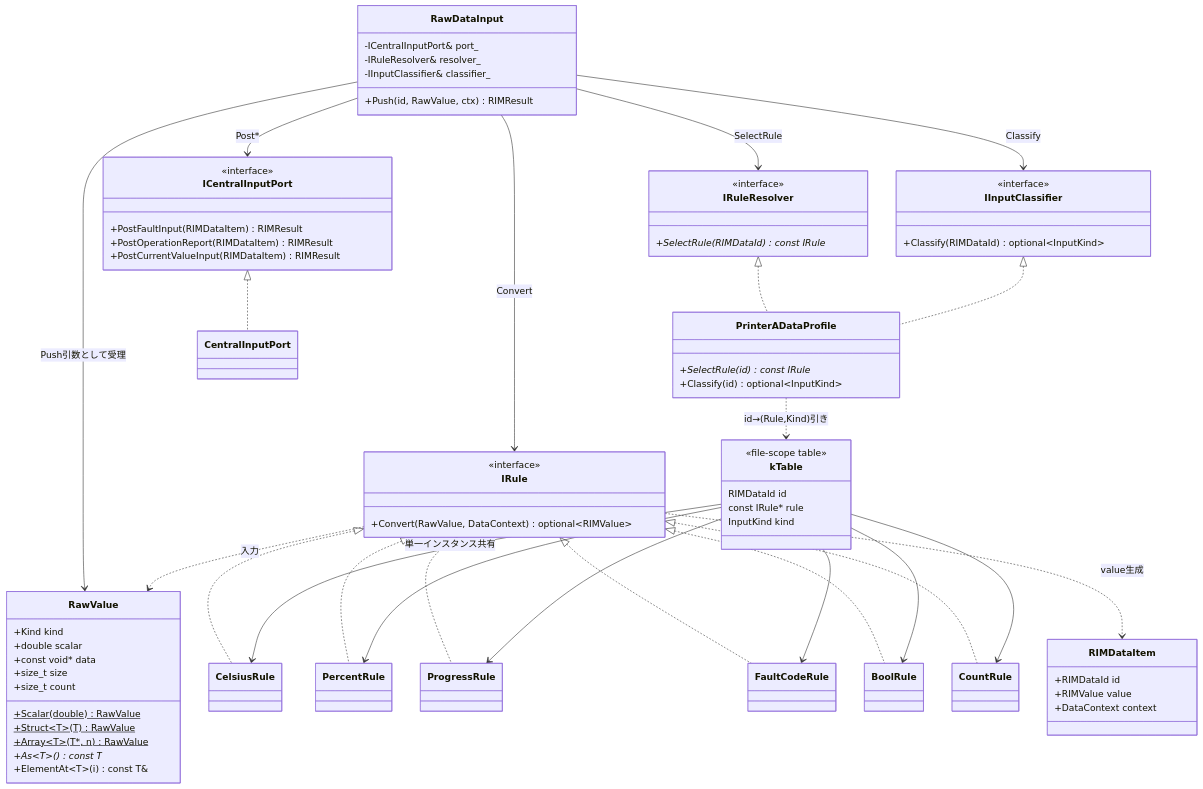
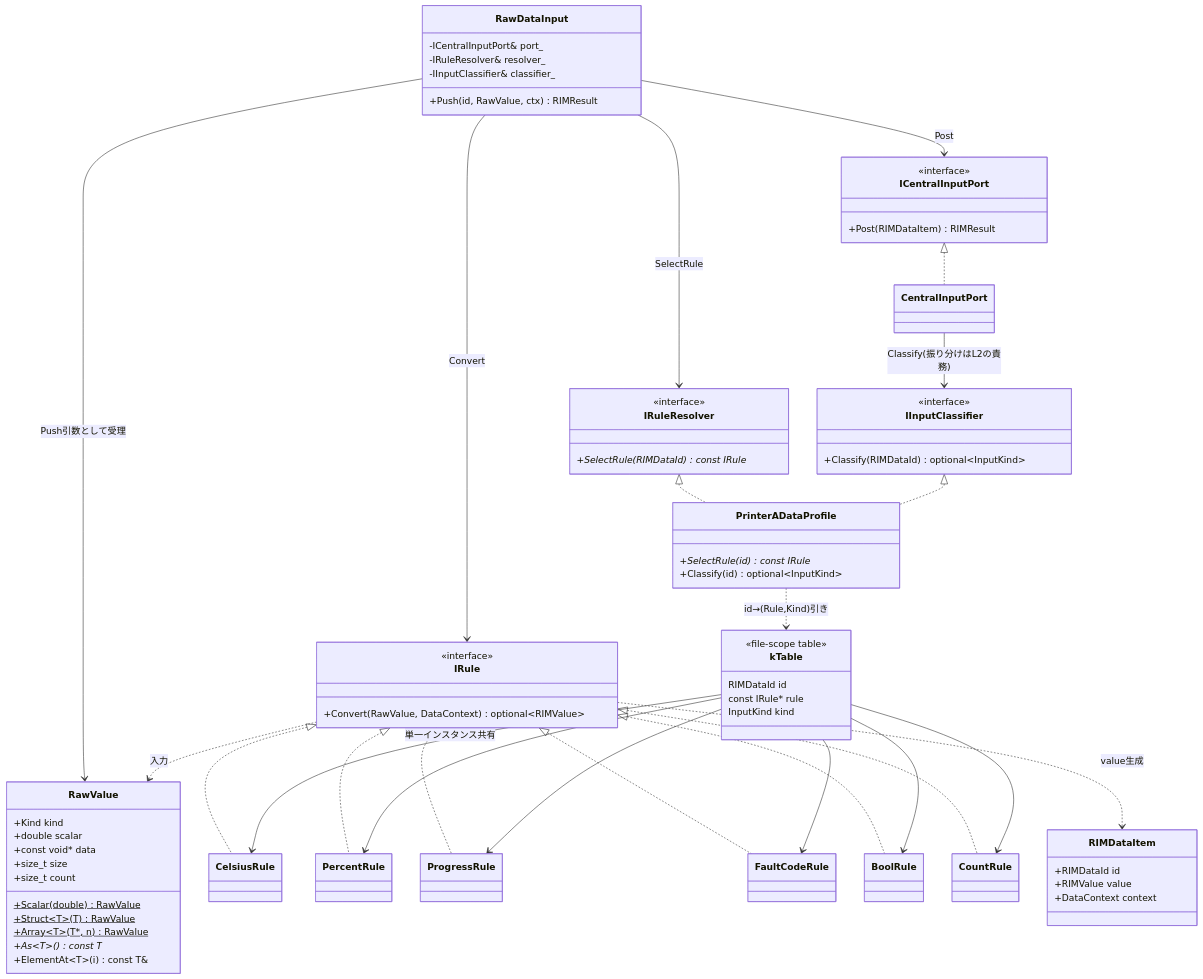
The diagram in docs/adapter/03_クラス図.md (ceedling-vxworks-test-generator/printer-fw), drawn with Mermaid before and after one commit. The commit also changed other lines of this file and 11 other files, not shown here.

First line of the commit message:
Collapse ICentralInputPort's three posts into one; move classification to L2

```diff
--- a/docs/adapter/03_クラス図.md
+++ b/docs/adapter/03_クラス図.md
@@ -38,9 +38,7 @@
     }
     class ICentralInputPort {
         <<interface>>
-        +PostFaultInput(RIMDataItem) RIMResult
-        +PostOperationReport(RIMDataItem) RIMResult
-        +PostCurrentValueInput(RIMDataItem) RIMResult
+        +Post(RIMDataItem) RIMResult
     }
 
     class RIMDataItem {
@@ -73,8 +71,8 @@
     RawDataInput --> RawValue : Push引数として受理
     RawDataInput --> IRuleResolver : SelectRule
     RawDataInput --> IRule : Convert
-    RawDataInput --> IInputClassifier : Classify
-    RawDataInput --> ICentralInputPort : Post*
+    RawDataInput --> ICentralInputPort : Post
+    CentralInputPort --> IInputClassifier : Classify(振り分けはL2の責務)
     IRule ..> RawValue : 入力
     IRule ..> RIMDataItem : value生成
 
```
